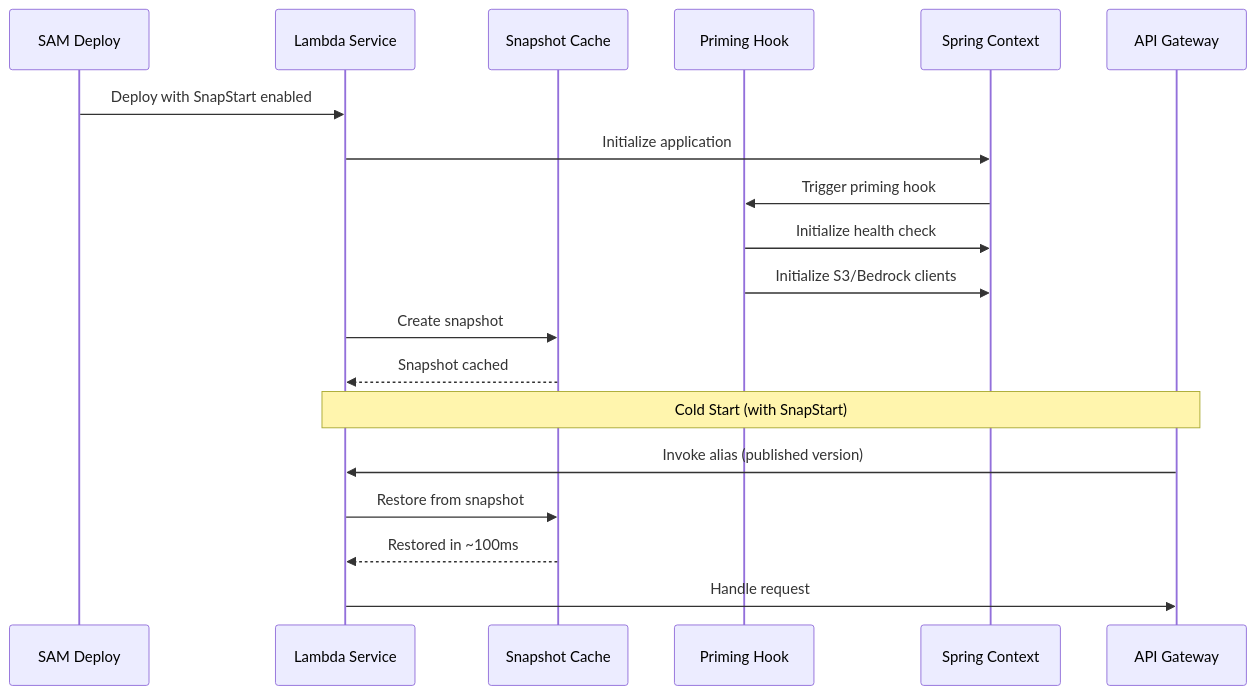
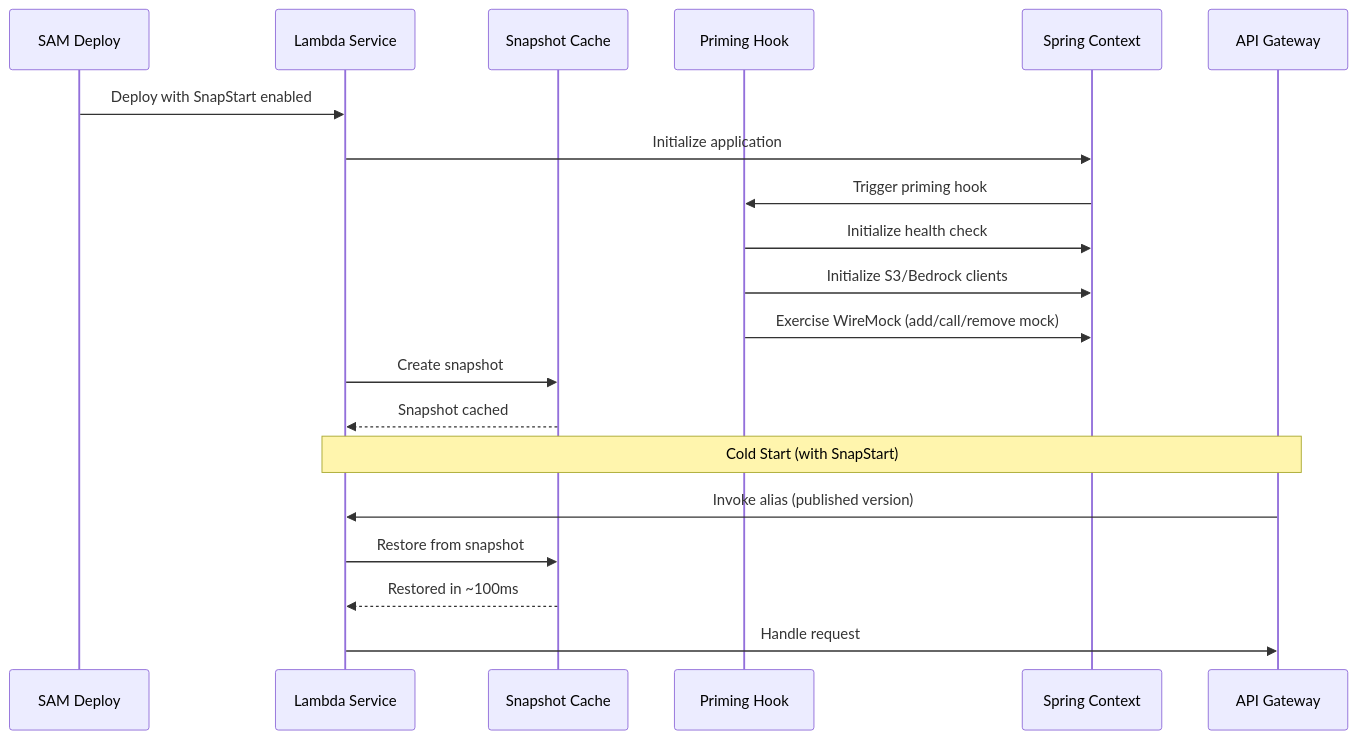
The second of 2 diagrams in .kiro/specs/lambda-snapstart-optimization/design.md (elenavanengelenmaslova/mocknest-serverless), drawn with Mermaid before and after one commit. The commit also changed other lines of this file and 5 other files, not shown here.

````diff
--- a/.kiro/specs/lambda-snapstart-optimization/design.md
+++ b/.kiro/specs/lambda-snapstart-optimization/design.md
@@ -86,23 +89,24 @@
 ```mermaid
 sequenceDiagram
     participant SAM as SAM Deploy
     participant Lambda as Lambda Service
     participant Snapshot as Snapshot Cache
     participant Priming as Priming Hook
     participant Spring as Spring Context
     participant APIGW as API Gateway
     
     SAM->>Lambda: Deploy with SnapStart enabled
     Lambda->>Spring: Initialize application
     Spring->>Priming: Trigger priming hook
     Priming->>Spring: Initialize health check
     Priming->>Spring: Initialize S3/Bedrock clients
+    Priming->>Spring: Exercise WireMock (add/call/remove mock)
     Lambda->>Snapshot: Create snapshot
     Snapshot-->>Lambda: Snapshot cached
     
     Note over APIGW,Lambda: Cold Start (with SnapStart)
     APIGW->>Lambda: Invoke alias (published version)
     Lambda->>Snapshot: Restore from snapshot
     Snapshot-->>Lambda: Restored in ~100ms
     Lambda->>APIGW: Handle request
 ```
````
